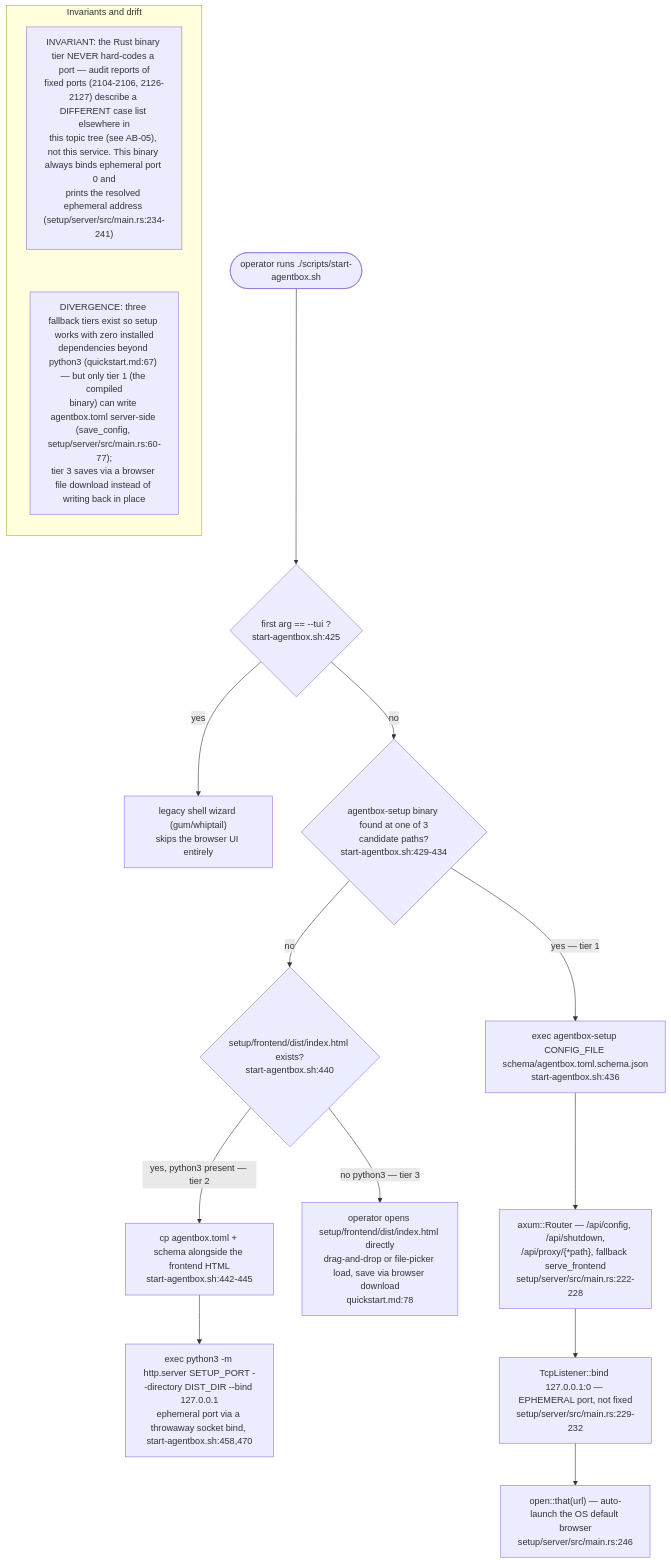
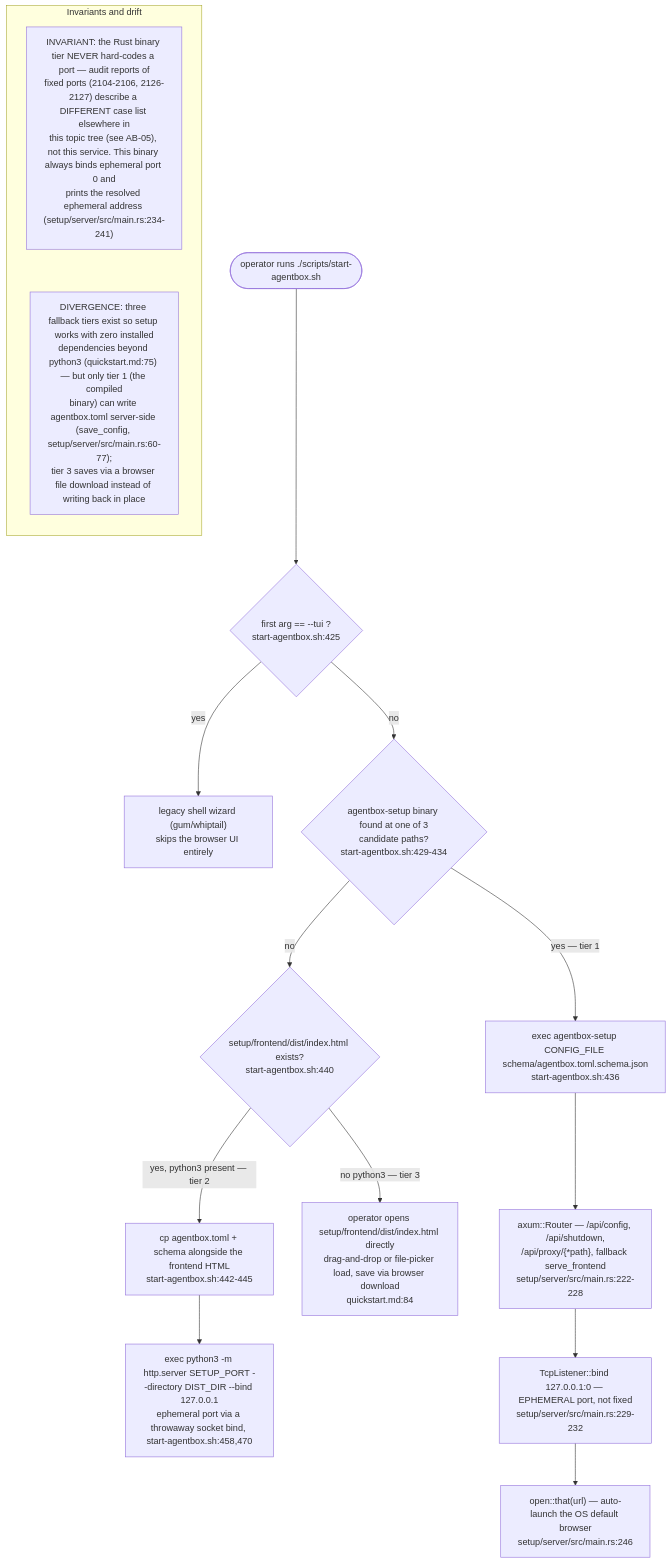
The first of 3 diagrams in docs/diagrams/agentbox/30-supporting-services-secret-backup-setup-https-bridge.md (DreamLab-AI/VisionFlow), drawn with Mermaid before and after one commit. The commit also changed other lines of this file and 111 other files, not shown here.

Commit message:
docs(diagrams): align estate maps with current source

````diff
--- a/docs/diagrams/agentbox/30-supporting-services-secret-backup-setup-https-bridge.md
+++ b/docs/diagrams/agentbox/30-supporting-services-secret-backup-setup-https-bridge.md
@@ -26,20 +26,20 @@
 ```mermaid
 flowchart TD
     START(["operator runs ./scripts/start-agentbox.sh"]) --> TUI{"first arg == --tui ?<br/>start-agentbox.sh:425"}
     TUI -->|yes| LEGACY["legacy shell wizard #40;gum/whiptail#41;<br/>skips the browser UI entirely"]
     TUI -->|no| BINCHECK{"agentbox-setup binary found at one of 3<br/>candidate paths?<br/>start-agentbox.sh:429-434"}
     BINCHECK -->|"yes — tier 1"| EXECBIN["exec agentbox-setup CONFIG_FILE schema/agentbox.toml.schema.json<br/>start-agentbox.sh:436"]
     BINCHECK -->|no| FRONTENDCHECK{"setup/frontend/dist/index.html exists?<br/>start-agentbox.sh:440"}
     FRONTENDCHECK -->|"yes, python3 present — tier 2"| COPYFILES["cp agentbox.toml + schema alongside the frontend HTML<br/>start-agentbox.sh:442-445"]
     COPYFILES --> PYSERVE["exec python3 -m http.server SETUP_PORT --directory DIST_DIR --bind 127.0.0.1<br/>ephemeral port via a throwaway socket bind, start-agentbox.sh:458,470"]
-    FRONTENDCHECK -->|"no python3 — tier 3"| MANUAL["operator opens setup/frontend/dist/index.html directly<br/>drag-and-drop or file-picker load, save via browser download<br/>quickstart.md:78"]
+    FRONTENDCHECK -->|"no python3 — tier 3"| MANUAL["operator opens setup/frontend/dist/index.html directly<br/>drag-and-drop or file-picker load, save via browser download<br/>quickstart.md:84"]
     EXECBIN --> AXUM["axum::Router — /api/config, /api/shutdown,<br/>/api/proxy/#123;*path#125;, fallback serve_frontend<br/>setup/server/src/main.rs:222-228"]
     AXUM --> BIND["TcpListener::bind 127.0.0.1:0 — EPHEMERAL port, not fixed<br/>setup/server/src/main.rs:229-232"]
     BIND --> OPEN["open::that#40;url#41; — auto-launch the OS default browser<br/>setup/server/src/main.rs:246"]
     subgraph notes["Invariants and drift"]
         direction TB
         N1["INVARIANT: the Rust binary tier NEVER hard-codes a port — audit reports of<br/>fixed ports #40;2104-2106, 2126-2127#41; describe a DIFFERENT case list elsewhere in<br/>this topic tree #40;see AB-05#41;, not this service. This binary always binds ephemeral port 0 and<br/>prints the resolved ephemeral address #40;setup/server/src/main.rs:234-241#41;"]
-        N2["DIVERGENCE: three fallback tiers exist so setup works with zero installed<br/>dependencies beyond python3 #40;quickstart.md:67#41; — but only tier 1 #40;the compiled<br/>binary#41; can write agentbox.toml server-side #40;save_config, setup/server/src/main.rs:60-77#41;;<br/>tier 3 saves via a browser file download instead of writing back in place"]
+        N2["DIVERGENCE: three fallback tiers exist so setup works with zero installed<br/>dependencies beyond python3 #40;quickstart.md:75#41; — but only tier 1 #40;the compiled<br/>binary#41; can write agentbox.toml server-side #40;save_config, setup/server/src/main.rs:60-77#41;;<br/>tier 3 saves via a browser file download instead of writing back in place"]
         N1 ~~~ N2
     end
 ```
````
